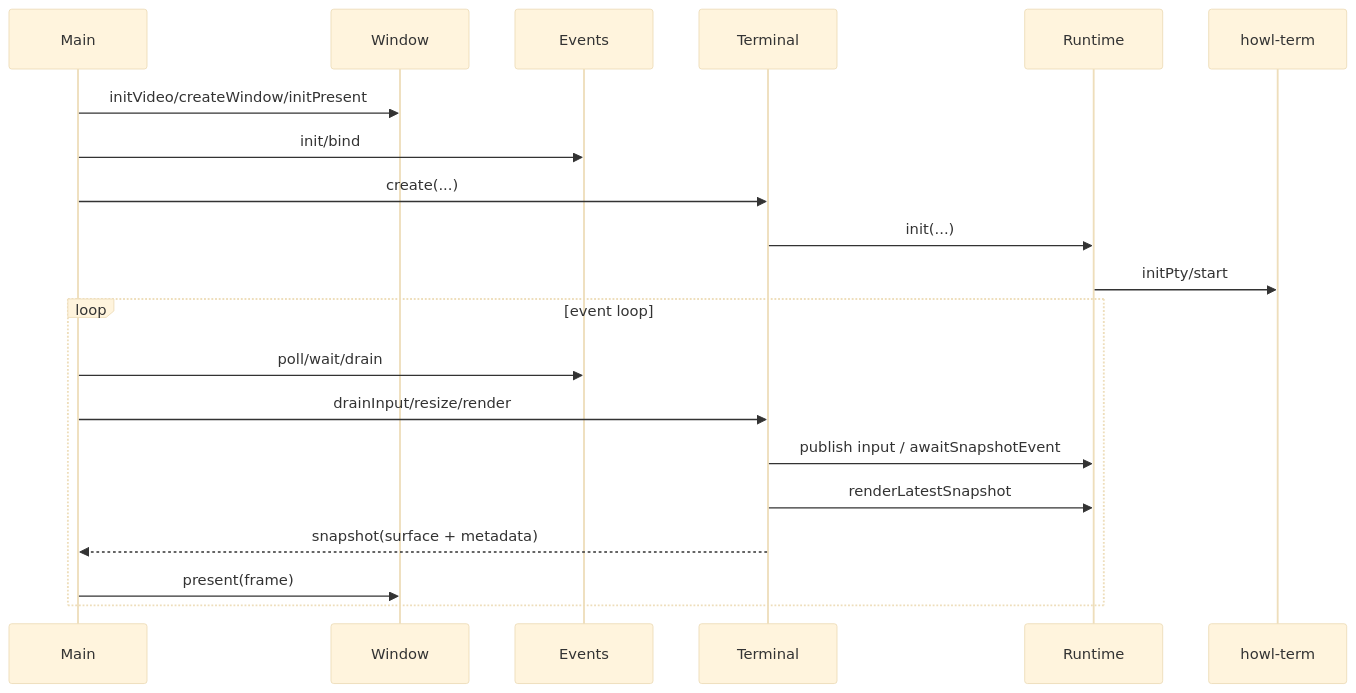
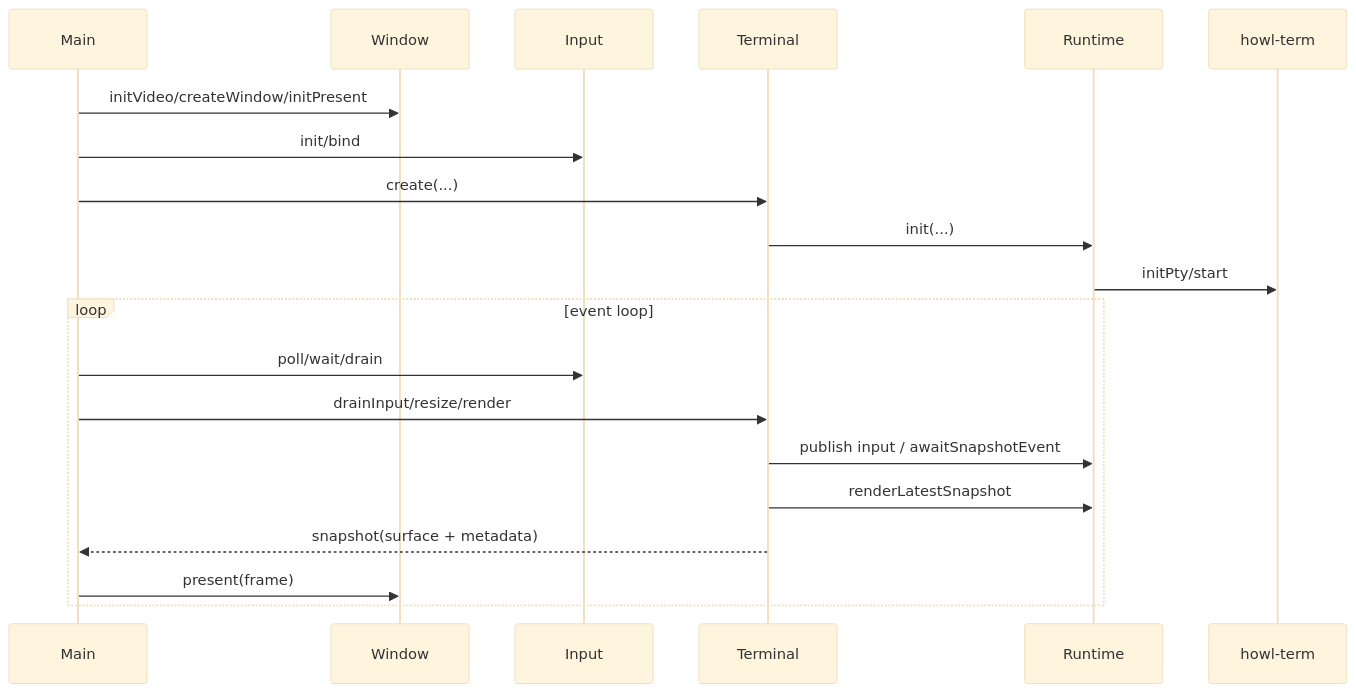
The third of 3 diagrams in design.md (LaurenceGuws/howl-linux-host), drawn with Mermaid (base theme) before and after one commit. The commit also changed other lines of this file and 40 other files, not shown here.

````diff
--- a/design.md
+++ b/design.md
@@ -61,23 +61,23 @@
 ```mermaid
 sequenceDiagram
     participant Main
     participant W as Window
-    participant E as Events
+    participant I as Input
     participant T as Terminal
     participant R as Runtime
     participant C as howl-term
 
     Main->>W: initVideo/createWindow/initPresent
-    Main->>E: init/bind
+    Main->>I: init/bind
     Main->>T: create(...)
     T->>R: init(...)
     R->>C: initPty/start
     loop event loop
-        Main->>E: poll/wait/drain
+        Main->>I: poll/wait/drain
         Main->>T: drainInput/resize/render
         T->>R: publish input / awaitSnapshotEvent
         T->>R: renderLatestSnapshot
         T-->>Main: snapshot(surface + metadata)
         Main->>W: present(frame)
     end
 ```
````
